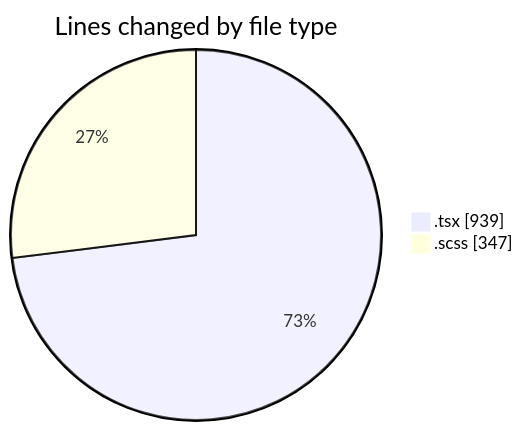
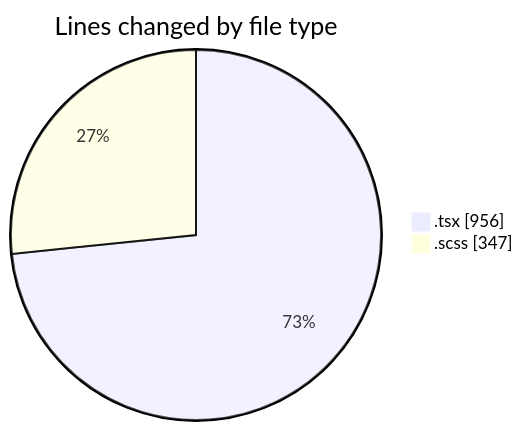
Before and after one commit to momahboobian/code-tracking: the first of 2 diagrams in 2026-08-26/cda/README.md, drawn with Mermaid. The commit also changed other lines of this file and 1 other file, not shown here.

````diff
--- a/2026-08-26/cda/README.md
+++ b/2026-08-26/cda/README.md
@@ -29,6 +29,6 @@
 ```mermaid
 pie showData
 title Lines changed by file type
-".tsx" : 939
+".tsx" : 956
 ".scss" : 347
 ```
````
